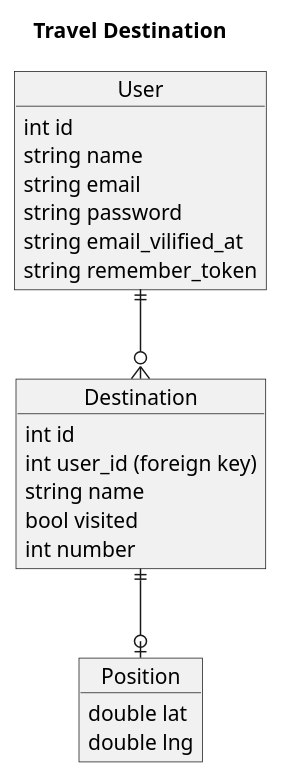
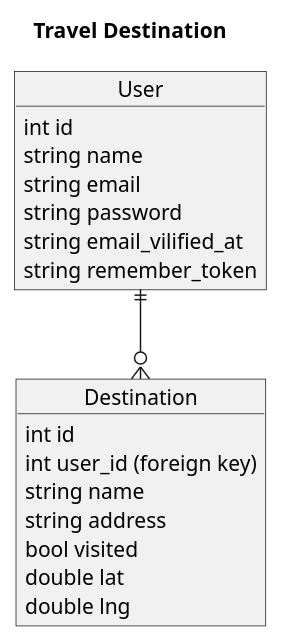
One commit to Ks5810/travel-destinations changed the diagram in diagram.puml. Above: the diagram before and after it, drawn with PlantUML. The commit also changed 39 other files, not shown here.

```diff
--- a/diagram.puml
+++ b/diagram.puml
@@ -1,44 +1,38 @@
 @startuml
 title Travel Destination
 
 Object User {
     int id
     string name
     string email
     string password
     string email_vilified_at
     string remember_token
 }
 
 Object Destination {
     int id
     int user_id (foreign key)
     string name
+    string address
     bool visited
-    int number
-}
-
-Object Position {
     double lat
     double lng
 }
 
 User ||--o{ Destination
-Destination ||--o| Position
 
 '
 'note left of User
 '
 'end note
 '
 'note left of Destination
 '
 'end note
 '
 'note right of Position
 '
 'end note
 
-
-
 @enduml
```
